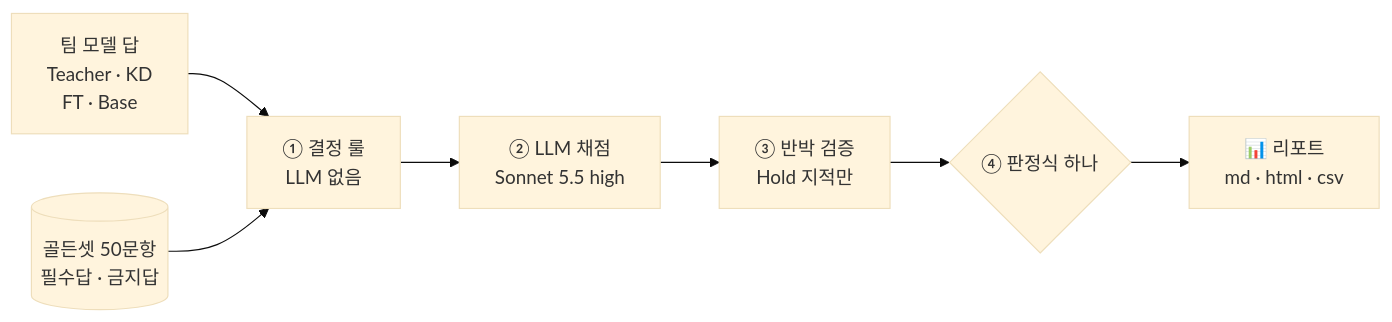
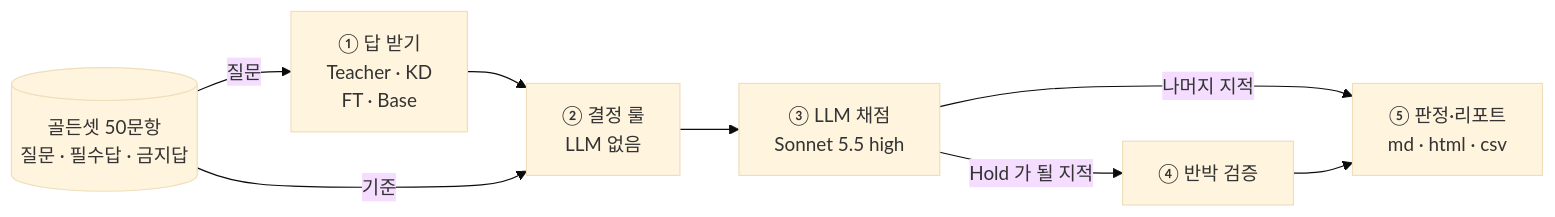
One commit to YOONPYOGitHub/knowledge-distillation changed the first of 3 diagrams in README.md. Above: the diagram before and after it, drawn with Mermaid (base theme). The commit also changed other lines of this file and 21 other files, not shown here.

````diff
--- a/README.md
+++ b/README.md
@@ -17,9 +36,10 @@
 ```mermaid
 flowchart LR
-  T["팀 모델 답<br/>Teacher · KD<br/>FT · Base"] --> D["① 결정 룰<br/>LLM 없음"]
-  G[("골든셋 50문항<br/>필수답 · 금지답")] --> D
-  D --> J["② LLM 채점<br/>Sonnet 5.5 high"]
-  J --> V["③ 반박 검증<br/>Hold 지적만"]
-  V --> F{"④ 판정식 하나"}
-  F --> O["📊 리포트<br/>md · html · csv"]
+  G[("골든셋 50문항<br/>질문 · 필수답 · 금지답")] -->|"질문"| A["① 답 받기<br/>Teacher · KD<br/>FT · Base"]
+  A --> D["② 결정 룰<br/>LLM 없음"]
+  G -->|"기준"| D
+  D --> J["③ LLM 채점<br/>Sonnet 5.5 high"]
+  J -->|"Hold 가 될 지적"| V["④ 반박 검증"]
+  J -->|"나머지 지적"| F["⑤ 판정·리포트<br/>md · html · csv"]
+  V --> F
 ```
````
